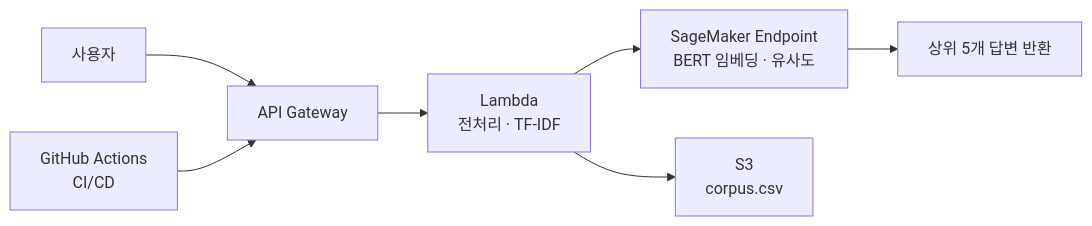
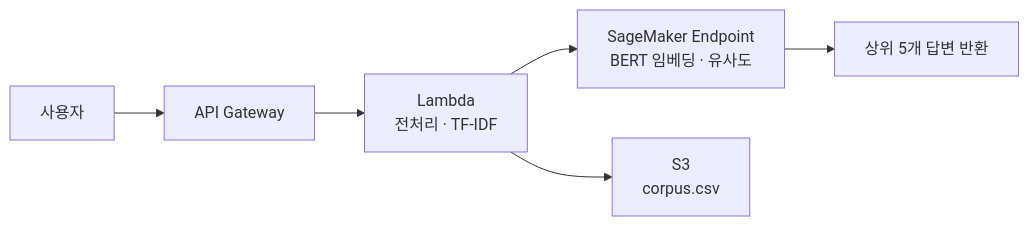
The third of 3 diagrams in README.md (alicesworld88-debug/pet-health-ai), drawn with Mermaid before and after one commit. The commit also changed other lines of this file, not shown here.

Commit message:
docs: 배포 환경 목표 구조에서 CI/CD 제거

````diff
--- a/README.md
+++ b/README.md
@@ -144,9 +144,8 @@
 ```mermaid
 flowchart LR
     U["사용자"] --> AG["API Gateway"]
     AG --> LM["Lambda\n전처리 · TF-IDF"]
     LM --> SM["SageMaker Endpoint\nBERT 임베딩 · 유사도"]
     LM --> S3["S3\ncorpus.csv"]
     SM --> R["상위 5개 답변 반환"]
-    GH["GitHub Actions\nCI/CD"] --> AG
 ```
````
